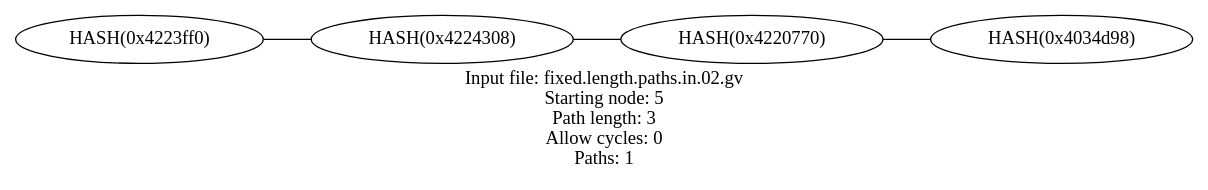
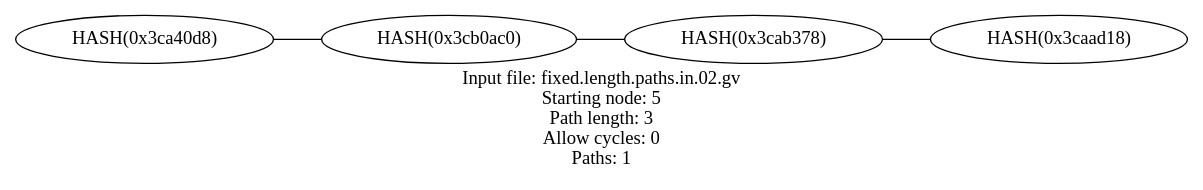
One commit to graphviz-perl/GraphViz2-Marpa-PathUtils changed the diagram in out/fixed.length.paths.out.02.gv. Above: the diagram before and after it, drawn with Graphviz. The commit also changed 5 other files, not shown here.

```diff
--- a/out/fixed.length.paths.out.02.gv
+++ b/out/fixed.length.paths.out.02.gv
@@ -1,11 +1,11 @@
 graph fixed_length_paths
 {
 	label = "Input file: fixed.length.paths.in.02.gv\nStarting node: 5\nPath length: 3\nAllow cycles: 0\nPaths: 1" rankdir = LR
 
-	"5" [label = "HASH(0x4223ff0)"]
-	"7" [label = "HASH(0x4224308)"]
-	"9" [label = "HASH(0x4220770)"]
-	"6" [label = "HASH(0x4034d98)"]
+	"5" [label = "HASH(0x3ca40d8)"]
+	"7" [label = "HASH(0x3cb0ac0)"]
+	"9" [label = "HASH(0x3cab378)"]
+	"6" [label = "HASH(0x3caad18)"]
 
 	"5"  --  "7"  --  "9"  --  "6"
 }
```
